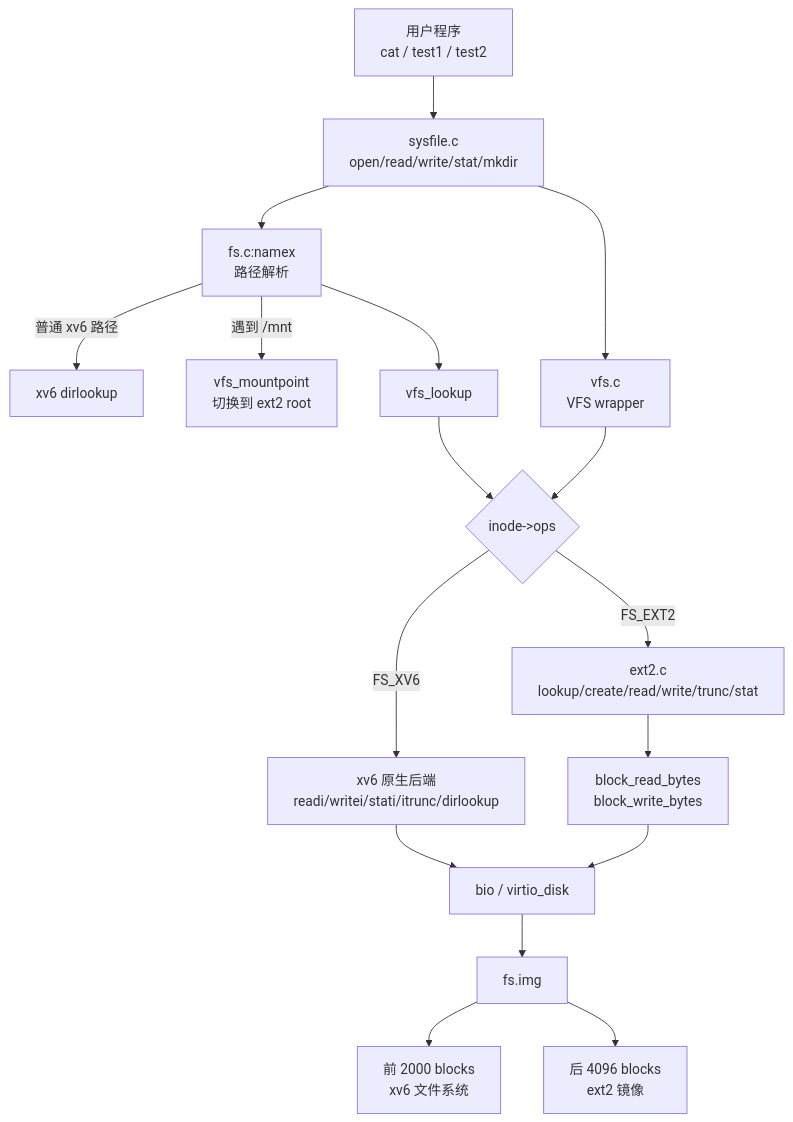
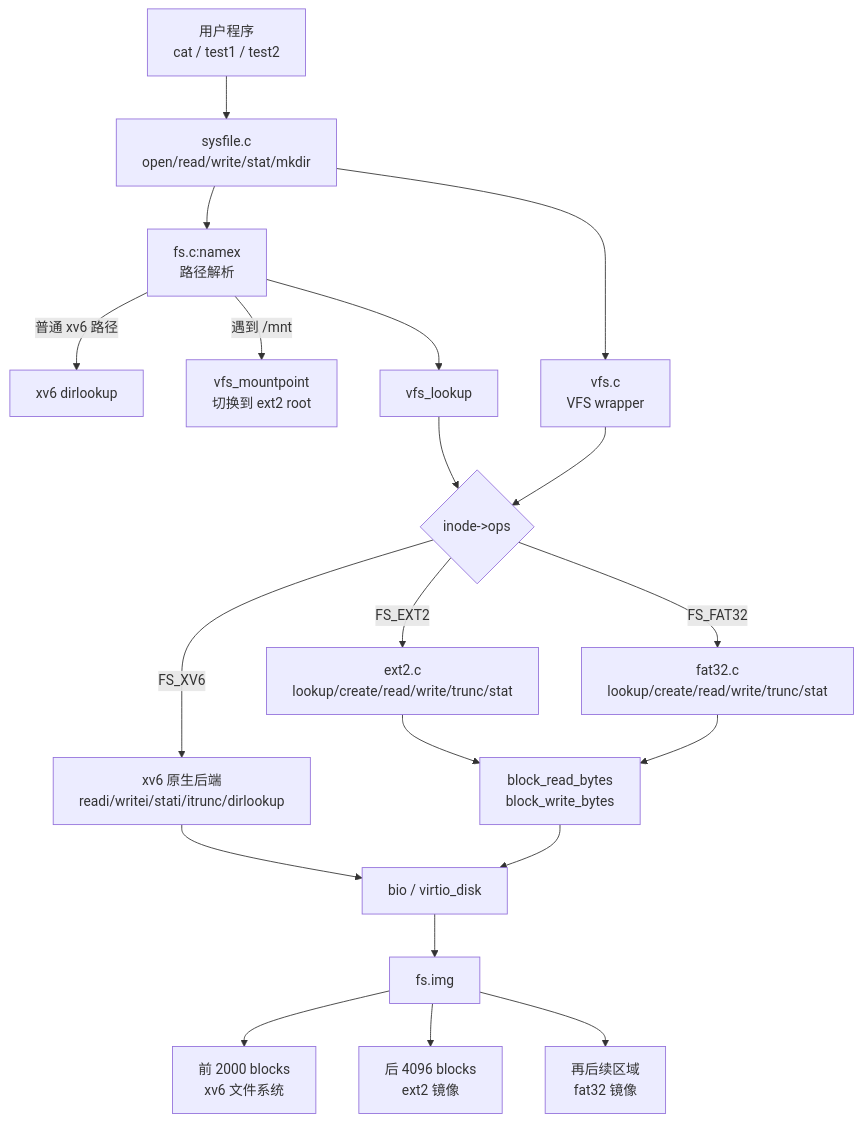
One commit to twilight-8/Nscscc-xv6-net-dynlink changed the first of 2 diagrams in docs/design.md. Above: the diagram before and after it, drawn with Mermaid. The commit also changed other lines of this file and 15 other files, not shown here.

````diff
--- a/docs/design.md
+++ b/docs/design.md
@@ -30,25 +32,28 @@
 ```mermaid
 flowchart TD
     U[用户程序<br/>cat / test1 / test2] --> S[sysfile.c<br/>open/read/write/stat/mkdir]
 
     S --> N[fs.c:namex<br/>路径解析]
     N -->|普通 xv6 路径| XDIR[xv6 dirlookup]
     N -->|遇到 /mnt| MP[vfs_mountpoint<br/>切换到 ext2 root]
 
     S --> V[vfs.c<br/>VFS wrapper]
     N --> VL[vfs_lookup]
 
     V --> OPS{inode->ops}
     VL --> OPS
 
     OPS -->|FS_XV6| XV6[xv6 原生后端<br/>readi/writei/stati/itrunc/dirlookup]
     OPS -->|FS_EXT2| EXT2[ext2.c<br/>lookup/create/read/write/trunc/stat]
+    OPS -->|FS_FAT32| FAT32[fat32.c<br/>lookup/create/read/write/trunc/stat]
 
     XV6 --> BIO[bio / virtio_disk]
     EXT2 --> BLK[block_read_bytes<br/>block_write_bytes]
+    FAT32 --> BLK
     BLK --> BIO
 
     BIO --> IMG[fs.img]
     IMG --> XIMG[前 2000 blocks<br/>xv6 文件系统]
     IMG --> EIMG[后 4096 blocks<br/>ext2 镜像]
+    IMG --> FIMG[再后续区域<br/>fat32 镜像]
 ```
````
